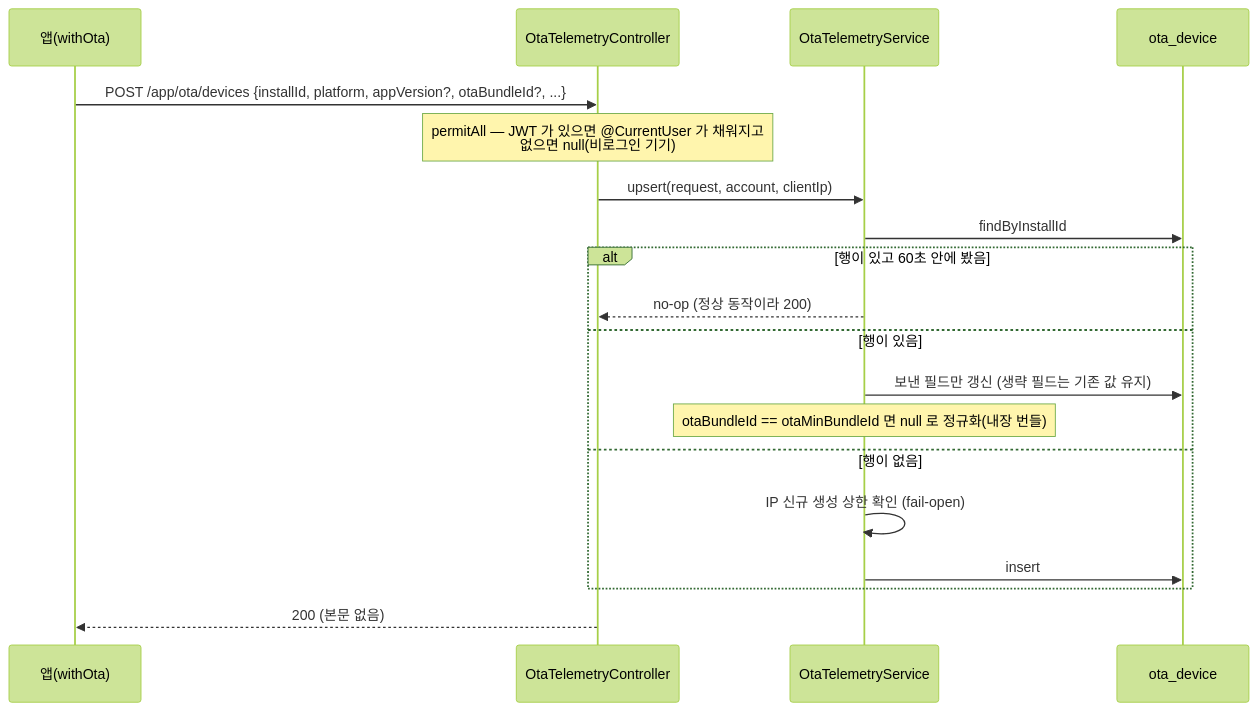
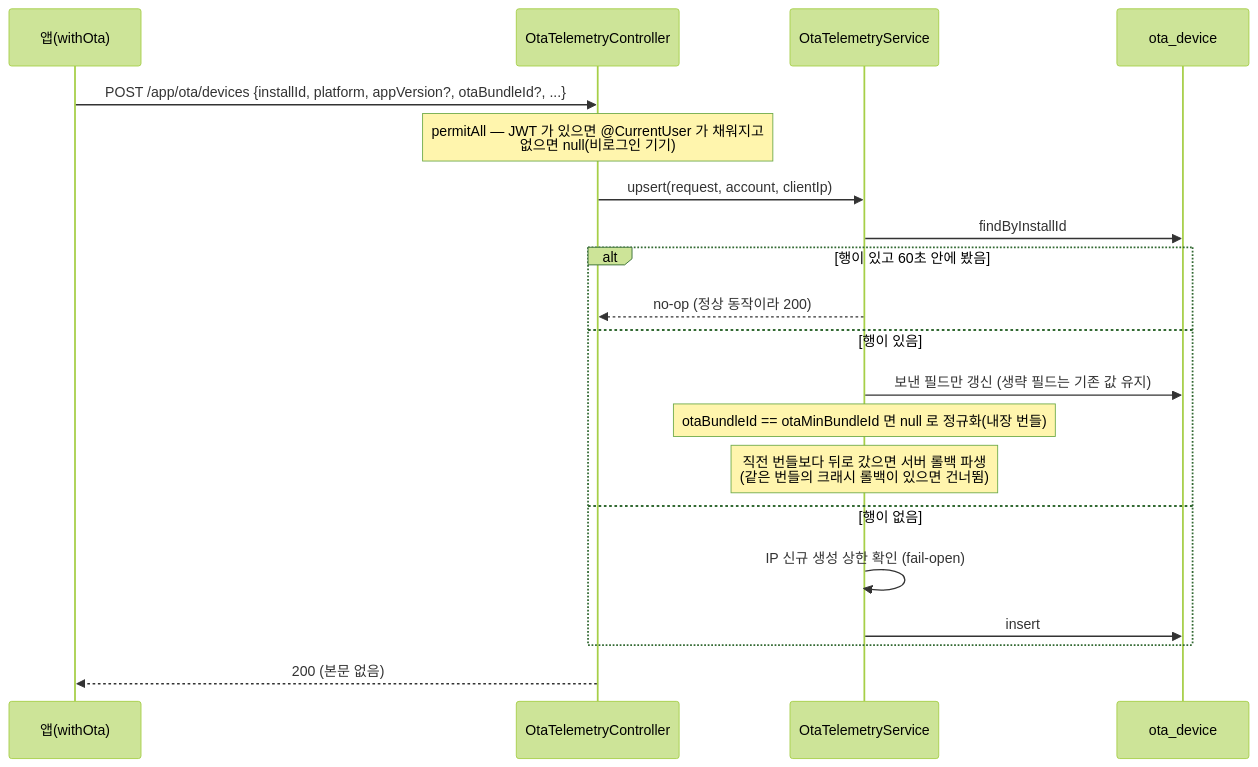
One commit to pungdong/Pungdong-Backend changed the second of 5 diagrams in docs/architecture/ota.md. Above: the diagram before and after it, drawn with Mermaid (forest theme). The commit also changed other lines of this file and 6 other files, not shown here.

````diff
--- a/docs/architecture/ota.md
+++ b/docs/architecture/ota.md
@@ -66,22 +69,23 @@
 ```mermaid
 sequenceDiagram
     participant App as 앱(withOta)
     participant C as OtaTelemetryController
     participant S as OtaTelemetryService
     participant DB as ota_device
 
     App->>C: POST /app/ota/devices {installId, platform, appVersion?, otaBundleId?, ...}
     Note over C: permitAll — JWT 가 있으면 @CurrentUser 가 채워지고<br/>없으면 null(비로그인 기기)
     C->>S: upsert(request, account, clientIp)
     S->>DB: findByInstallId
     alt 행이 있고 60초 안에 봤음
         S-->>C: no-op (정상 동작이라 200)
     else 행이 있음
         S->>DB: 보낸 필드만 갱신 (생략 필드는 기존 값 유지)
         Note over S: otaBundleId == otaMinBundleId 면 null 로 정규화(내장 번들)
+        Note over S: 직전 번들보다 뒤로 갔으면 서버 롤백 파생<br/>(같은 번들의 크래시 롤백이 있으면 건너뜀)
     else 행이 없음
         S->>S: IP 신규 생성 상한 확인 (fail-open)
         S->>DB: insert
     end
     C-->>App: 200 (본문 없음)
 ```
````
